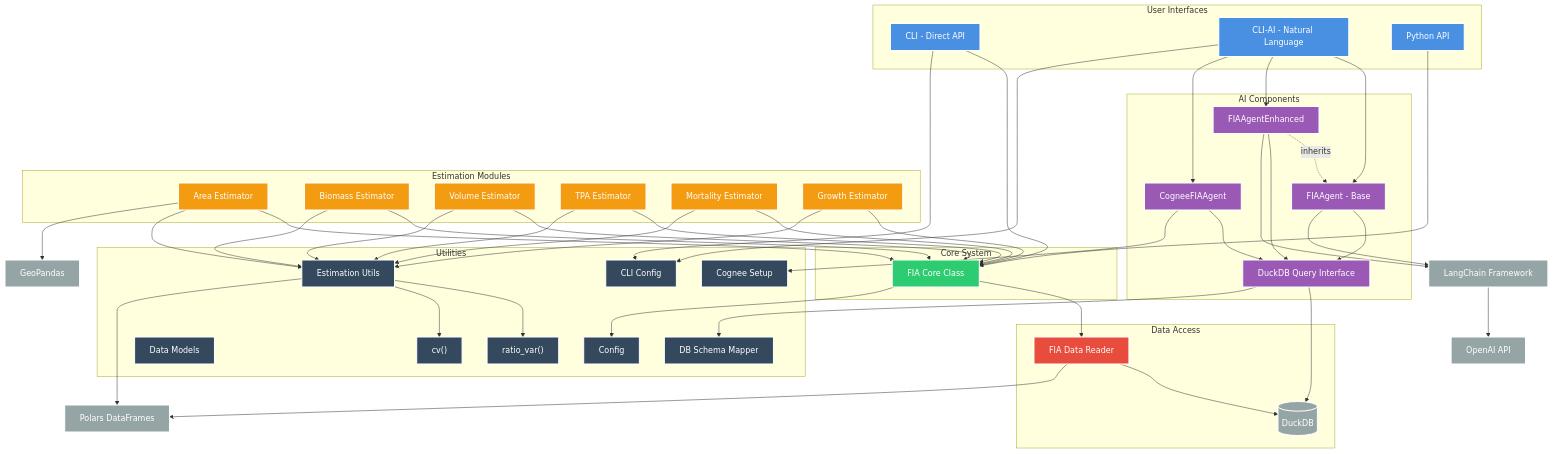
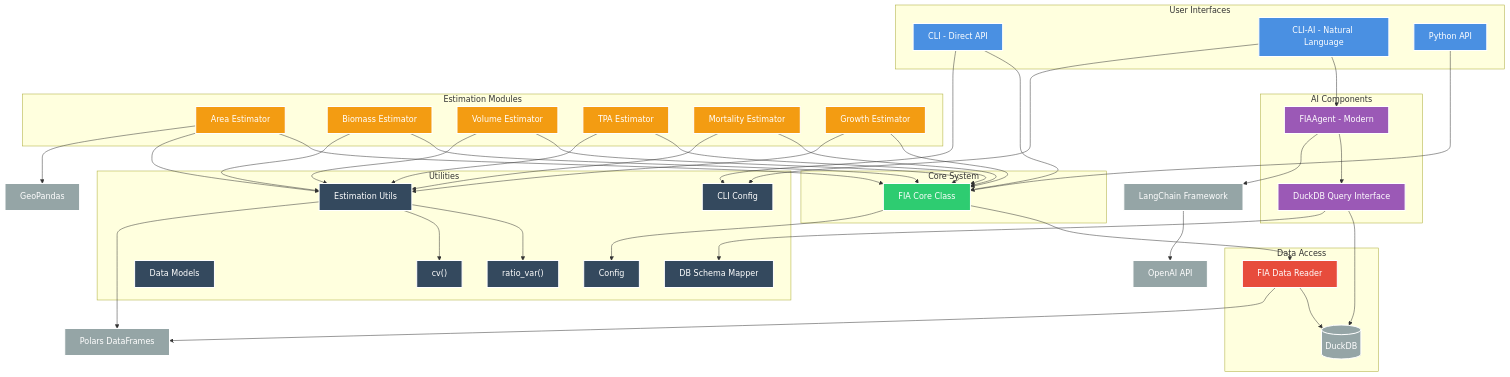
Before and after one commit to mihiarc/pyfia: the first of 2 diagrams in CLAUDE.md, drawn with Mermaid. The commit also changed other lines of this file and 115 other files, not shown here.

```diff
--- a/CLAUDE.md
+++ b/CLAUDE.md
@@ -74,11 +74,8 @@
     FIA["FIA Core Class"]:::coreComponent
     
     %% AI Components
-    AIAgent["FIAAgent - Base"]:::aiComponent
-    AIEnhanced["FIAAgentEnhanced"]:::aiComponent
-    AICognee["CogneeFIAAgent"]:::aiComponent
+    AIAgent["FIAAgent - Modern"]:::aiComponent
     DuckDBInterface["DuckDB Query Interface"]:::aiComponent
-    CogneeSetup["Cognee Setup"]:::utility
 
     %% Data Layer
     DataReader["FIA Data Reader"]:::dataLayer
@@ -108,18 +105,11 @@
     %% Connections - User Layer
     CLI --> FIA
     CLIAI --> AIAgent
-    CLIAI --> AIEnhanced
-    CLIAI --> AICognee
     API --> FIA
 
     %% Connections - AI Layer
-    AIEnhanced -.->|inherits| AIAgent
     AIAgent --> DuckDBInterface
-    AIEnhanced --> DuckDBInterface
-    AICognee --> DuckDBInterface
-    AICognee --> CogneeSetup
     AIAgent --> LangChain
-    AIEnhanced --> LangChain
     LangChain --> OpenAI
     DuckDBInterface --> DuckDB
 
@@ -163,8 +153,6 @@
 
     subgraph AI["AI Components"]
         AIAgent
-        AIEnhanced
-        AICognee
         DuckDBInterface
     end
 
@@ -192,7 +180,6 @@
         CLIConfig
         Models
         SchemaMapper
-        CogneeSetup
         ratio_var
         cv
     end
```
